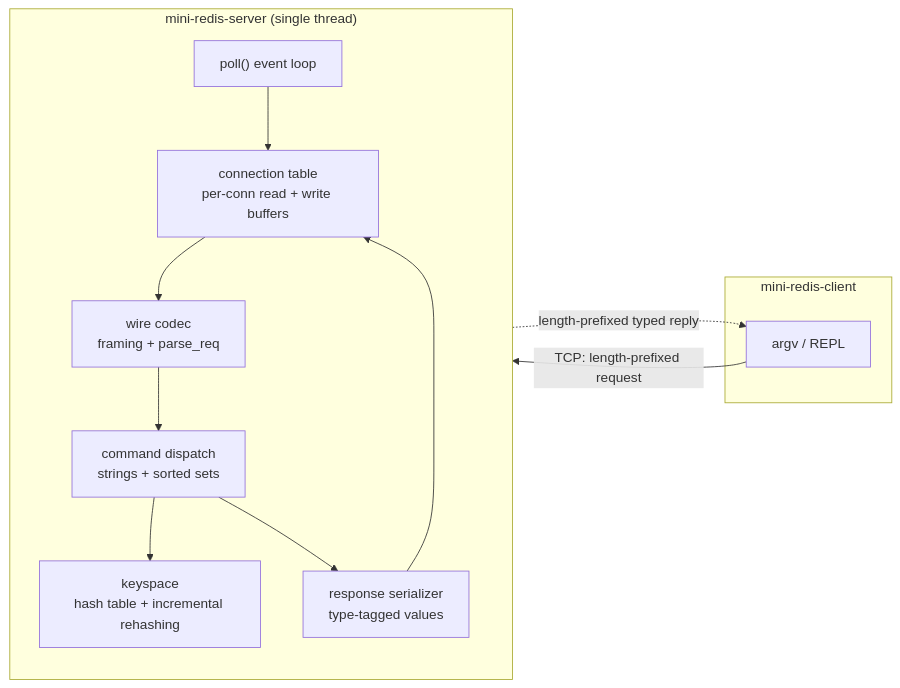
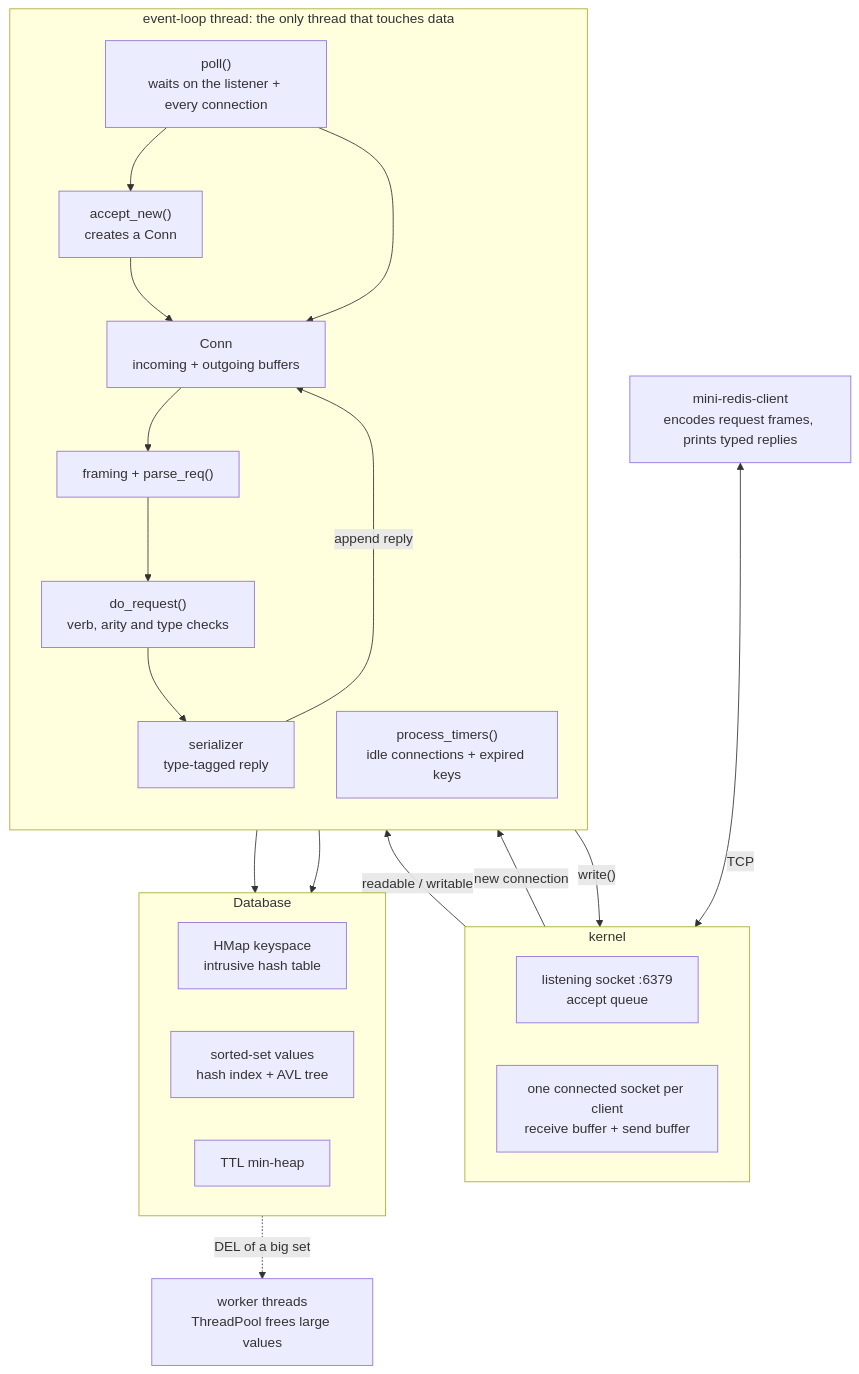
One commit to Rohitangshu2026/mini-redis changed the first of 34 diagrams in README.md. Above: the diagram before and after it, drawn with Mermaid. The commit also changed other lines of this file, not shown here.

Commit message:
docs: rewrite README with the end-to-end architecture flow

````diff
--- a/README.md
+++ b/README.md
@@ -79,26 +115,42 @@
 ```mermaid
-flowchart LR
-    subgraph client["mini-redis-client"]
-        CLI["argv / REPL"]
+flowchart TB
+    CLI["mini-redis-client<br/>encodes request frames, prints typed replies"]
+
+    subgraph KER["kernel"]
+        direction LR
+        LSK["listening socket :6379<br/>accept queue"]
+        CSK["one connected socket per client<br/>receive buffer + send buffer"]
     end
 
-    subgraph server["mini-redis-server (single thread)"]
+    subgraph EVT["event-loop thread: the only thread that touches data"]
         direction TB
-        POLL["poll() event loop"]
-        CONNS["connection table<br/>per-conn read + write buffers"]
-        WIRE["wire codec<br/>framing + parse_req"]
-        DISP["command dispatch<br/>strings + sorted sets"]
-        SER["response serializer<br/>type-tagged values"]
-        STORE["keyspace<br/>hash table + incremental rehashing"]
-
-        POLL --> CONNS
-        CONNS --> WIRE
-        WIRE --> DISP
-        DISP --> STORE
-        DISP --> SER
-        SER --> CONNS
+        PL["poll()<br/>waits on the listener + every connection"]
+        AC["accept_new()<br/>creates a Conn"]
+        CN["Conn<br/>incoming + outgoing buffers"]
+        FR["framing + parse_req()"]
+        DP["do_request()<br/>verb, arity and type checks"]
+        SR["serializer<br/>type-tagged reply"]
+        TM["process_timers()<br/>idle connections + expired keys"]
     end
 
-    CLI -->|"TCP: length-prefixed request"| POLL
-    SER -.->|"length-prefixed typed reply"| CLI
+    subgraph DBS["Database"]
+        direction LR
+        HM["HMap keyspace<br/>intrusive hash table"]
+        ZS["sorted-set values<br/>hash index + AVL tree"]
+        HP["TTL min-heap"]
+    end
+
+    TP["worker threads<br/>ThreadPool frees large values"]
+
+    CLI <-->|"TCP"| CSK
+    LSK -->|"new connection"| PL
+    CSK -->|"readable / writable"| PL
+    PL --> AC --> CN
+    PL --> CN
+    CN --> FR --> DP --> SR
+    SR -->|"append reply"| CN
+    CN -->|"write()"| CSK
+    DP --> DBS
+    TM --> DBS
+    DBS -.->|"DEL of a big set"| TP
 ```
````
